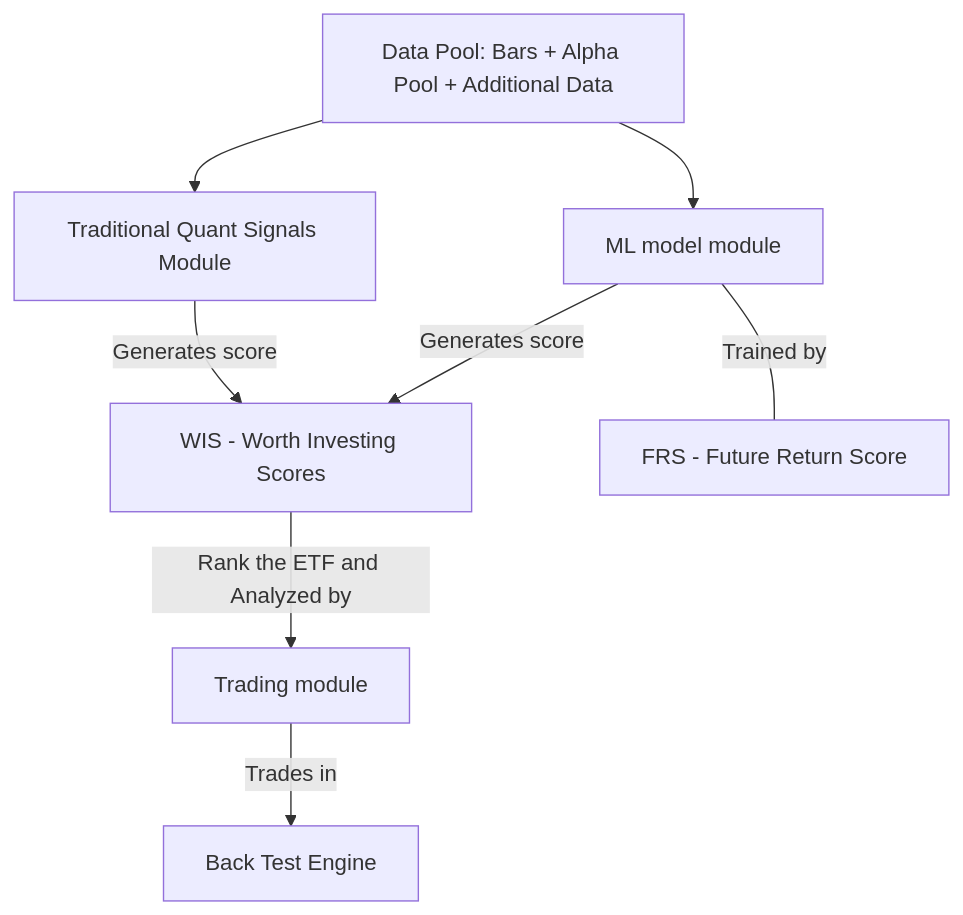
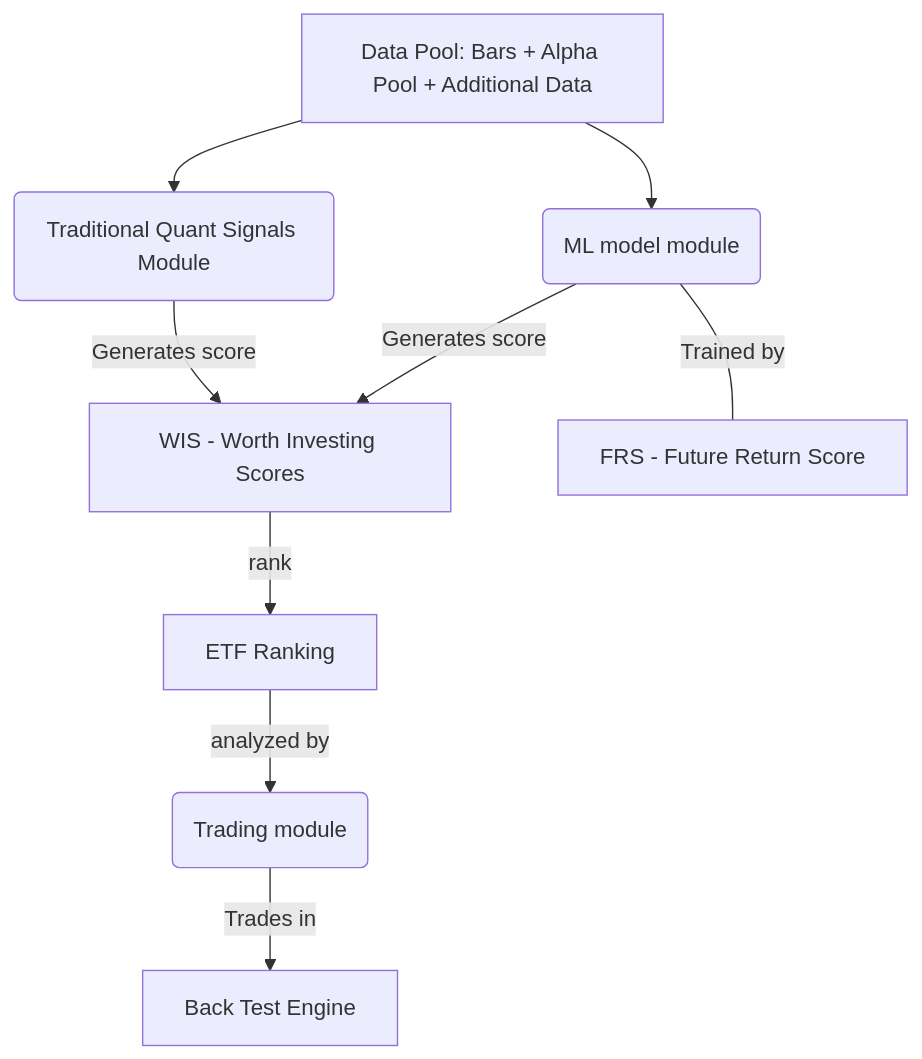
The first of 2 diagrams in research/20260426 _Simon_ML Infra/ML architecture.md (simonsparkwolf-del/ETF-QUANT-LAB), drawn with Mermaid before and after one commit.

Commit message:
Update ML architecture.md

````diff
--- a/research/20260426 _Simon_ML Infra/ML architecture.md
+++ b/research/20260426 _Simon_ML Infra/ML architecture.md
@@ -40,10 +40,11 @@
 ```mermaid
 flowchart TB
-    A[Data Pool: Bars + Alpha Pool + Additional Data] --> B[ML model module]
+    A[Data Pool: Bars + Alpha Pool + Additional Data] --> B(ML model module)
     B --> |Generates score| C[WIS - Worth Investing Scores]
     B --- |Trained by| G[FRS - Future Return Score]
-    A --> F[Traditional Quant Signals Module]
+    A --> F(Traditional Quant Signals Module)
     F --> |Generates score| C
-    C -->|Rank the ETF and Analyzed by| D[Trading module]
+    C --> |rank| R[ETF Ranking]
+    R --> |analyzed by| D(Trading module)
     D -->|Trades in| E[Back Test Engine]
 ```
````
